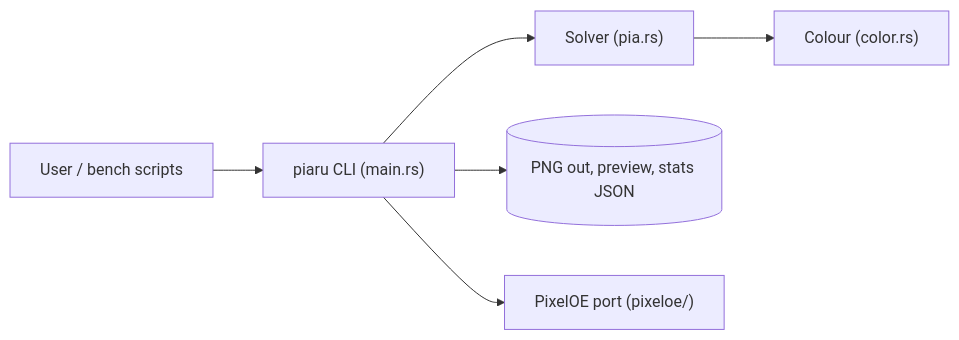
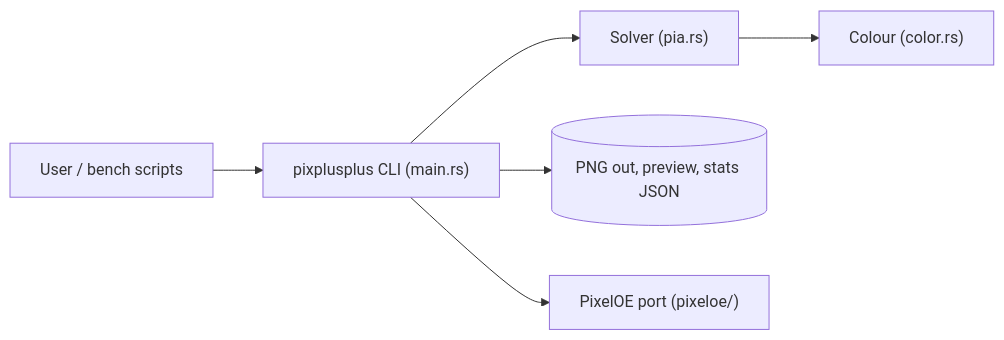
Before and after one commit to kritzerenkrieg/pixplusplus: the diagram in ARCHITECTURE.md, drawn with Mermaid. The commit also changed other lines of this file and 14 other files, not shown here.

First line of the commit message:
Rename PIARU to Pix++ (crate and binary: pixplusplus)

````diff
--- a/ARCHITECTURE.md
+++ b/ARCHITECTURE.md
@@ -5,8 +5,8 @@
 ```mermaid
 flowchart LR
-    User["User / bench scripts"] --> CLI["piaru CLI (main.rs)"]
+    User["User / bench scripts"] --> CLI["pixplusplus CLI (main.rs)"]
     CLI --> Solver["Solver (pia.rs)"]
     Solver --> Color["Colour (color.rs)"]
     CLI --> Files[("PNG out, preview, stats JSON")]
     CLI --> PixelOE["PixelOE port (pixeloe/)"]
 ```
````
